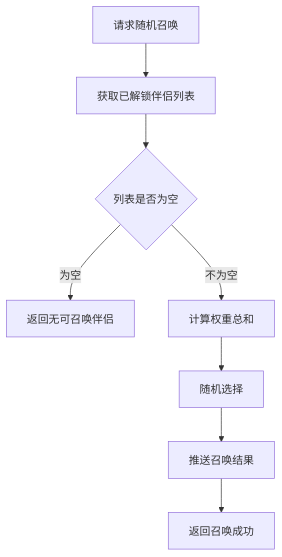
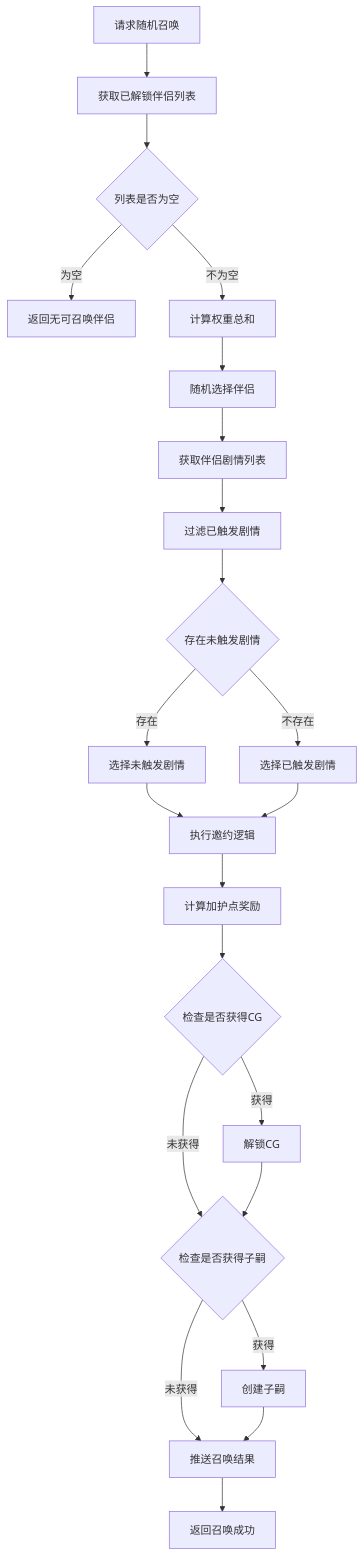
Before and after one commit to Alan-Ben/k2c_game_framework: the fourth of 5 diagrams in docs/Module_Consort/05_完整说明.md, drawn with Mermaid. The commit also changed other lines of this file and 5 other files, not shown here.

````diff
--- a/docs/Module_Consort/05_完整说明.md
+++ b/docs/Module_Consort/05_完整说明.md
@@ -173,10 +186,24 @@
 ```mermaid
 flowchart TD
     A[请求随机召唤] --> B[获取已解锁伴侣列表]
     B --> C{列表是否为空}
     C -->|为空| D[返回无可召唤伴侣]
     C -->|不为空| E[计算权重总和]
-    E --> F[随机选择]
-    F --> G[推送召唤结果]
-    G --> H[返回召唤成功]
+    E --> F[随机选择伴侣]
+    F --> G[获取伴侣剧情列表]
+    G --> H[过滤已触发剧情]
+    H --> I{存在未触发剧情}
+    I -->|存在| J[选择未触发剧情]
+    I -->|不存在| K[选择已触发剧情]
+    J --> L[执行邀约逻辑]
+    K --> L
+    L --> M[计算加护点奖励]
+    M --> N{检查是否获得CG}
+    N -->|获得| O[解锁CG]
+    N -->|未获得| P{检查是否获得子嗣}
+    O --> P
+    P -->|获得| Q[创建子嗣]
+    P -->|未获得| R[推送召唤结果]
+    Q --> R
+    R --> S[返回召唤成功]
 ```
````
